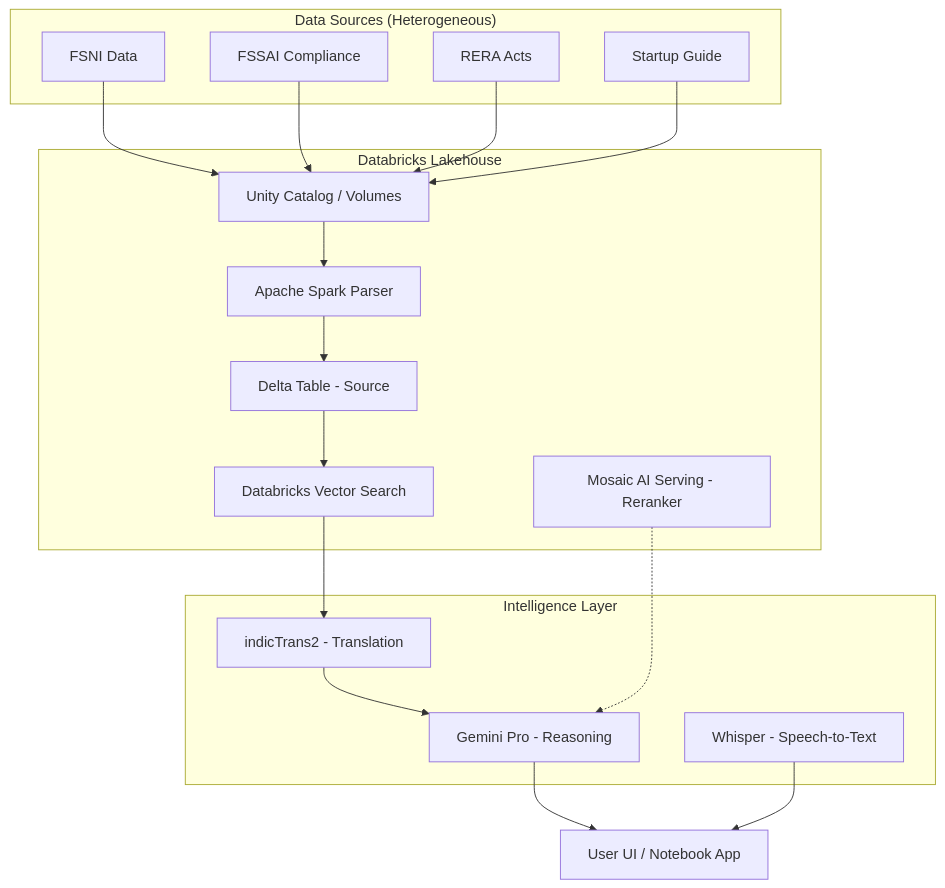
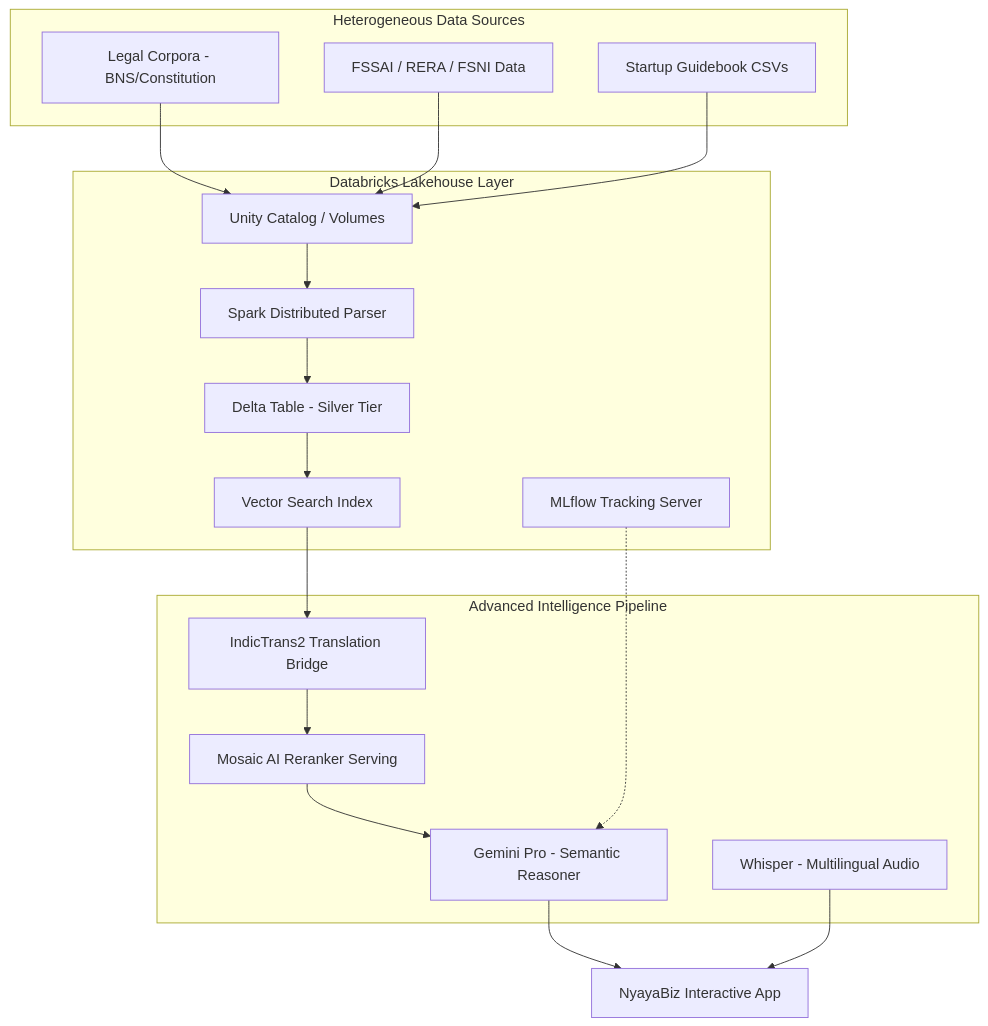
Before and after one commit to hardikhazari/ArthaNeeti: the first of 2 diagrams in README.md, drawn with Mermaid. The commit also changed other lines of this file, not shown here.

````diff
--- a/README.md
+++ b/README.md
@@ -50,33 +50,34 @@
 ```mermaid
 graph TD
-    subgraph "Data Sources (Heterogeneous)"
-        A1[FSNI Data]
-        A2[FSSAI Compliance]
-        A3[RERA Acts]
-        A4[Startup Guide]
+    subgraph "Heterogeneous Data Sources"
+        A1[Legal Corpora - BNS/Constitution]
+        A2[FSSAI / RERA / FSNI Data]
+        A3[Startup Guidebook CSVs]
     end
 
-    subgraph "Databricks Lakehouse"
+    subgraph "Databricks Lakehouse Layer"
         B1[Unity Catalog / Volumes]
-        B2[Apache Spark Parser]
-        B3[Delta Table - Source]
-        B4[Databricks Vector Search]
-        B5[Mosaic AI Serving - Reranker]
+        B2[Spark Distributed Parser]
+        B3[Delta Table - Silver Tier]
+        B4[Vector Search Index]
+        B5[MLflow Tracking Server]
     end
 
-    subgraph "Intelligence Layer"
-        C1[indicTrans2 - Translation]
-        C2[Gemini Pro - Reasoning]
-        C3[Whisper - Speech-to-Text]
+    subgraph "Advanced Intelligence Pipeline"
+        C1[IndicTrans2 Translation Bridge]
+        C2[Mosaic AI Reranker Serving]
+        C3[Gemini Pro - Semantic Reasoner]
+        C4[Whisper - Multilingual Audio]
     end
 
-    A1 & A2 & A3 & A4 --> B1
+    A1 & A2 & A3 --> B1
     B1 --> B2
     B2 --> B3
     B3 --> B4
     B4 --> C1
     C1 --> C2
-    C2 --> D[User UI / Notebook App]
-    C3 --> D
-    B5 -.-> C2
+    C2 --> C3
+    C3 --> D[NyayaBiz Interactive App]
+    C4 --> D
+    B5 -.-> C3
 ```
````
